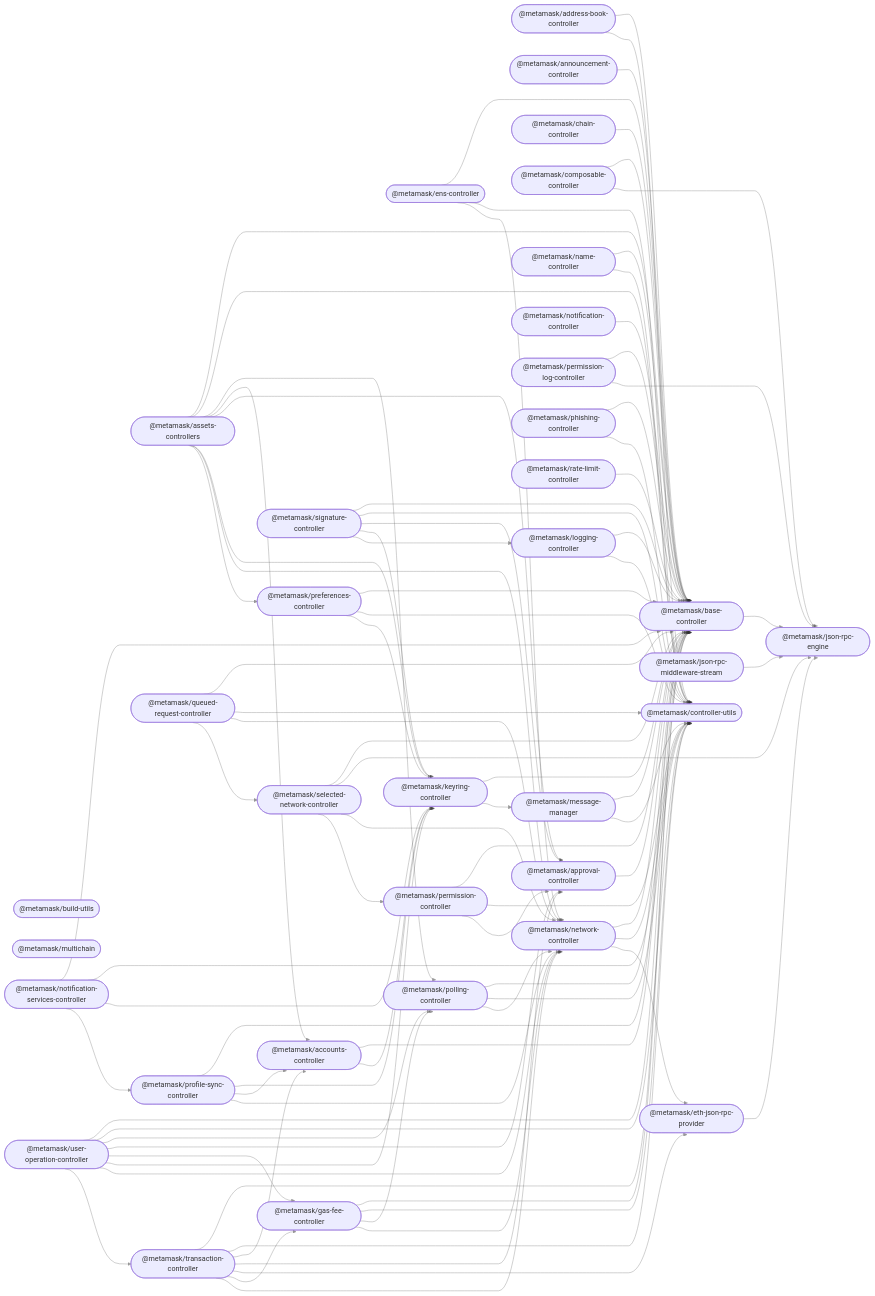
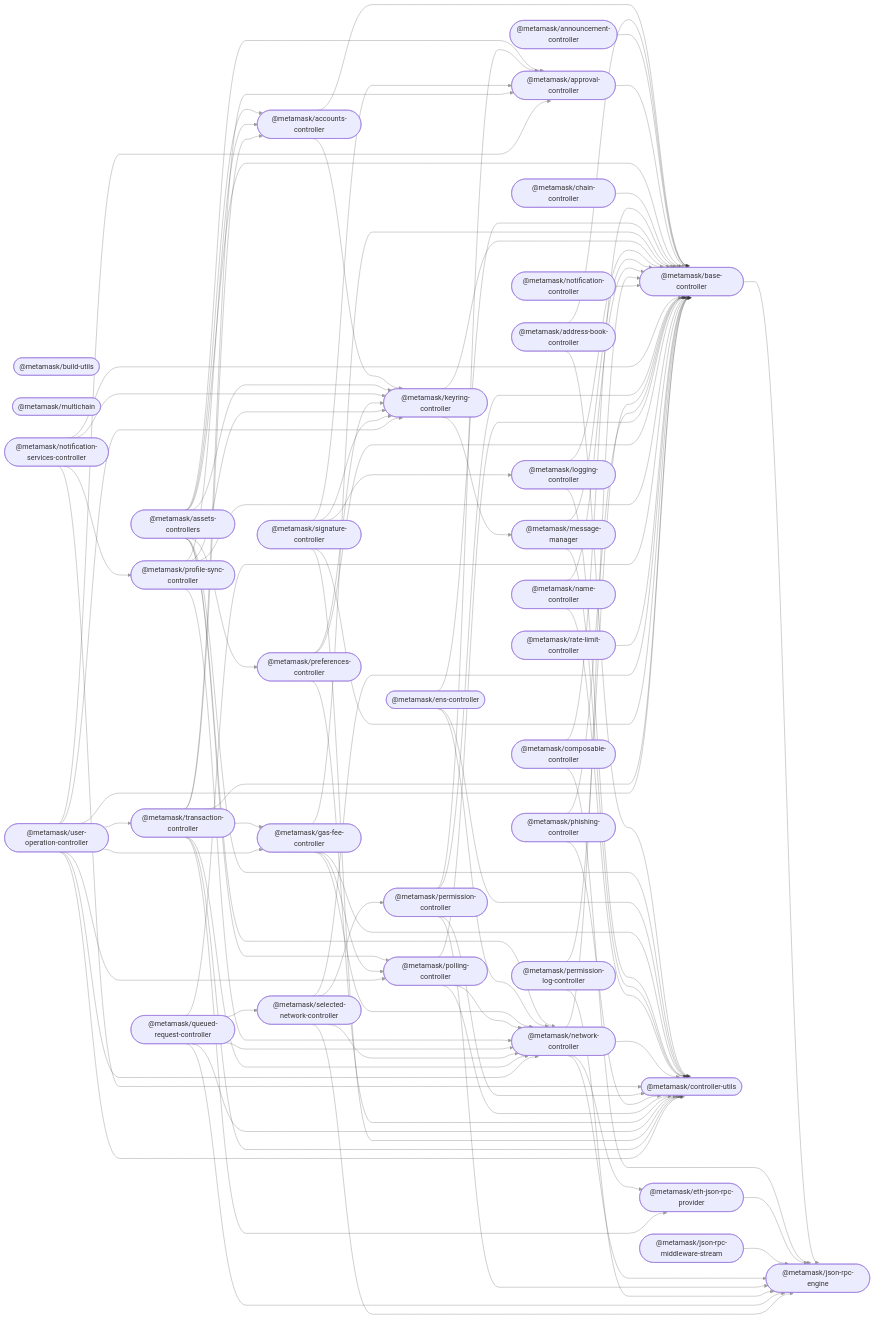
One commit to MetaMask/core changed the diagram in README.md. Above: the diagram before and after it, drawn with Mermaid.

Commit message:
fix up README graphs

```diff
--- a/README.md
+++ b/README.md
@@ -127,6 +127,7 @@
   network_controller --> base_controller;
   network_controller --> controller_utils;
   network_controller --> eth_json_rpc_provider;
+  network_controller --> json_rpc_engine;
   notification_controller --> base_controller;
   notification_services_controller --> base_controller;
   notification_services_controller --> controller_utils;
@@ -134,6 +135,7 @@
   notification_services_controller --> profile_sync_controller;
   permission_controller --> base_controller;
   permission_controller --> controller_utils;
+  permission_controller --> json_rpc_engine;
   permission_controller --> approval_controller;
   permission_log_controller --> base_controller;
   permission_log_controller --> json_rpc_engine;
@@ -151,6 +153,7 @@
   profile_sync_controller --> network_controller;
   queued_request_controller --> base_controller;
   queued_request_controller --> controller_utils;
+  queued_request_controller --> json_rpc_engine;
   queued_request_controller --> network_controller;
   queued_request_controller --> selected_network_controller;
   rate_limit_controller --> base_controller;
```
